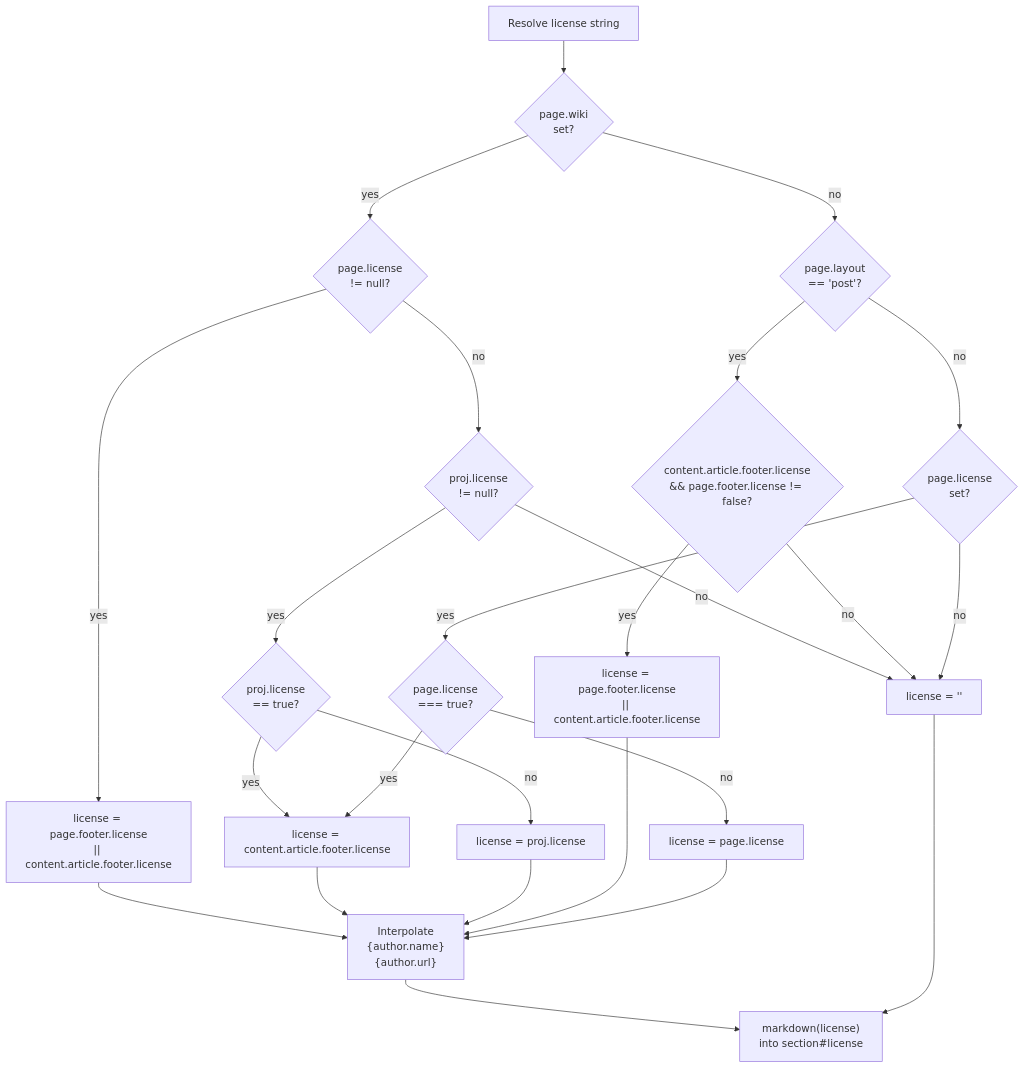
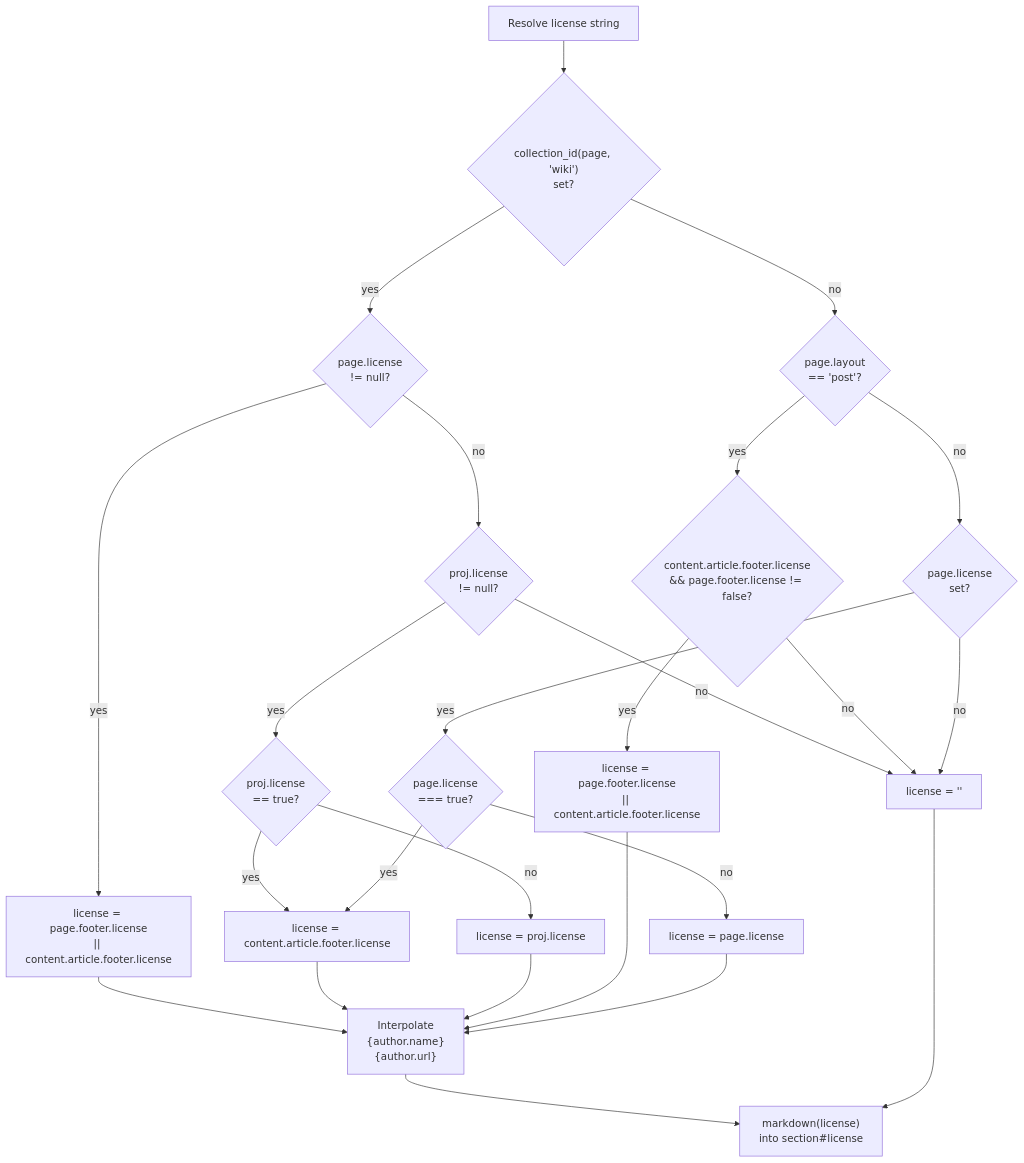
Before and after one commit to xaoxuu/hexo-theme-stellar: the second of 4 diagrams in docs/knowledge/03-内容系统/article-footer-metadata.md, drawn with Mermaid. The commit also changed other lines of this file and 101 other files, not shown here.

````diff
--- a/docs/knowledge/03-内容系统/article-footer-metadata.md
+++ b/docs/knowledge/03-内容系统/article-footer-metadata.md
@@ -115,41 +115,41 @@
 ```mermaid
 flowchart TD
   start["Resolve license string"]
-  isWiki{"page.wiki\nset?"}
+  isWiki{"collection_id(page, 'wiki')\nset?"}
   wikiPageLic{"page.license\n!= null?"}
   wikiPageLicVal["license = page.footer.license\n|| content.article.footer.license"]
   projLic{"proj.license\n!= null?"}
   projLicTrue{"proj.license\n== true?"}
   projLicUse["license = proj.license"]
   themeDefault["license = content.article.footer.license"]
   isPost{"page.layout\n== 'post'?"}
   postCheck{"content.article.footer.license\n&& page.footer.license != false?"}
   postLic["license = page.footer.license\n|| content.article.footer.license"]
   isOther{"page.license\nset?"}
   otherLicTrue{"page.license\n=== true?"}
   otherLicUse["license = page.license"]
   noLicense["license = ''"]
   authorInterp["Interpolate\n{author.name}\n{author.url}"]
   render["markdown(license)\ninto section#license"]
 
   start --> isWiki
   isWiki -- yes --> wikiPageLic
   wikiPageLic -- yes --> wikiPageLicVal
   wikiPageLic -- no --> projLic
   projLic -- yes --> projLicTrue
   projLicTrue -- yes --> themeDefault
   projLicTrue -- no --> projLicUse
   projLic -- no --> noLicense
   isWiki -- no --> isPost
   isPost -- yes --> postCheck
   postCheck -- yes --> postLic
   postCheck -- no --> noLicense
   isPost -- no --> isOther
   isOther -- yes --> otherLicTrue
   otherLicTrue -- yes --> themeDefault
   otherLicTrue -- no --> otherLicUse
   isOther -- no --> noLicense
   wikiPageLicVal & themeDefault & projLicUse & postLic & otherLicUse --> authorInterp
   authorInterp --> render
   noLicense --> render
 ```
````
